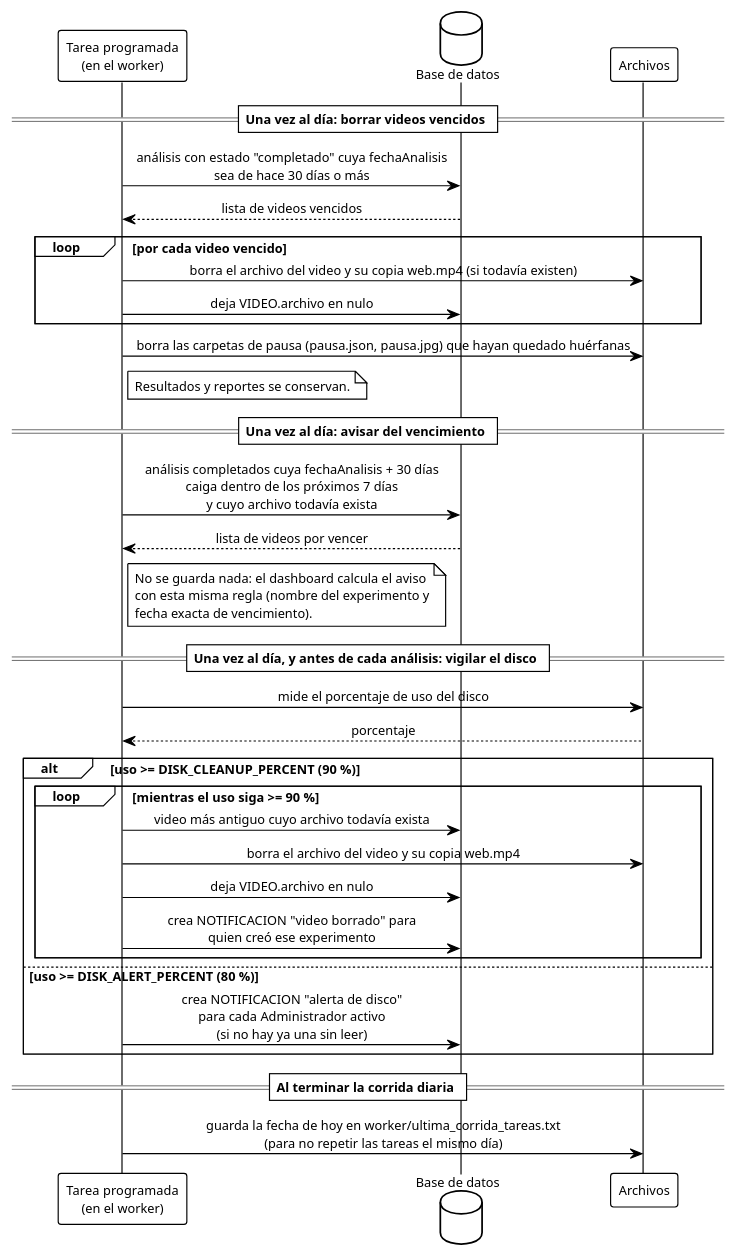
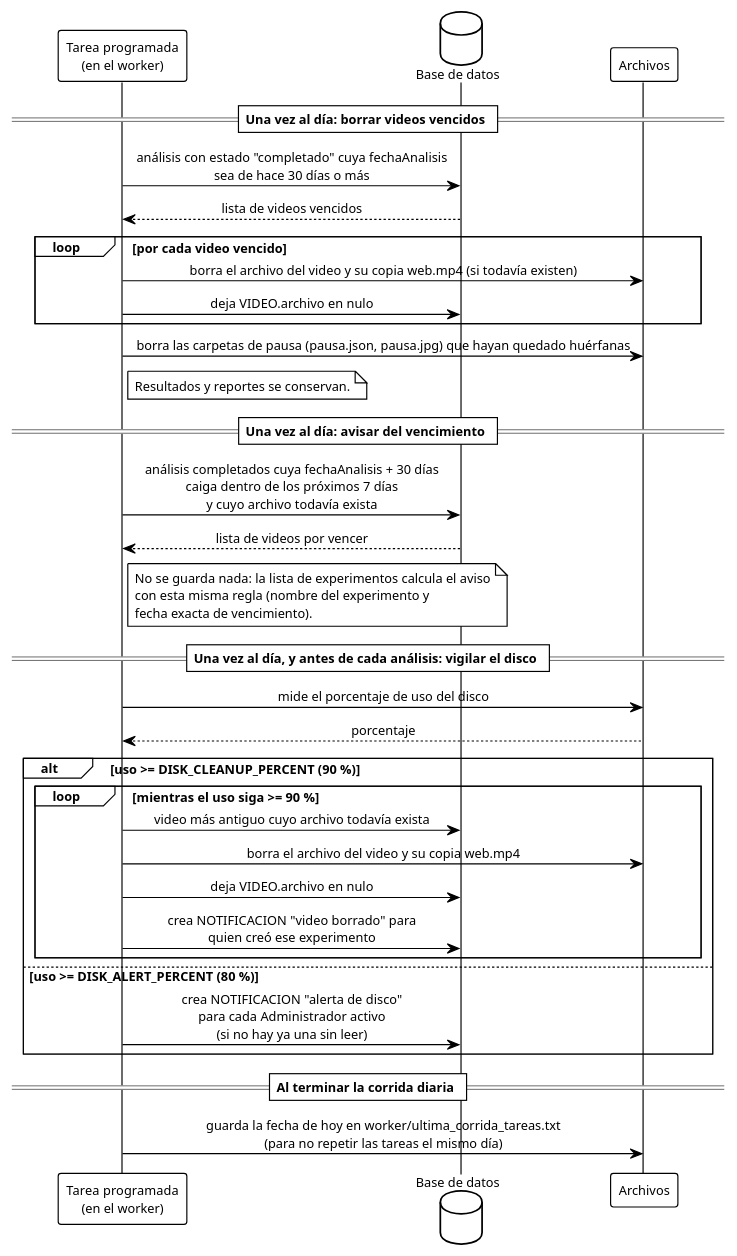
The diagram in diagramas/guia_web/seq_tareas_programadas.puml (ErickJester/fst-ai-system-latex), drawn with PlantUML before and after one commit. The commit also changed 89 other files, not shown here.

```diff
--- a/diagramas/guia_web/seq_tareas_programadas.puml
+++ b/diagramas/guia_web/seq_tareas_programadas.puml
@@ -1,48 +1,48 @@
 @startuml seq_tareas_programadas
 !theme plain
 skinparam defaultFontName Arial
 skinparam defaultFontSize 11
 skinparam shadowing false
 skinparam sequenceMessageAlign center
 participant "Tarea programada\n(en el worker)" as job
 database "Base de datos" as db
 participant "Archivos" as fs
 
 == Una vez al día: borrar videos vencidos ==
 job -> db: análisis con estado "completado" cuya fechaAnalisis\nsea de hace 30 días o más
 db --> job: lista de videos vencidos
 loop por cada video vencido
   job -> fs: borra el archivo del video y su copia web.mp4 (si todavía existen)
   job -> db: deja VIDEO.archivo en nulo
 end
 job -> fs: borra las carpetas de pausa (pausa.json, pausa.jpg) que hayan quedado huérfanas
 note right of job
   Resultados y reportes se conservan.
 end note
 
 == Una vez al día: avisar del vencimiento ==
 job -> db: análisis completados cuya fechaAnalisis + 30 días\ncaiga dentro de los próximos 7 días\ny cuyo archivo todavía exista
 db --> job: lista de videos por vencer
 note right of job
-  No se guarda nada: el dashboard calcula el aviso
+  No se guarda nada: la lista de experimentos calcula el aviso
   con esta misma regla (nombre del experimento y
   fecha exacta de vencimiento).
 end note
 
 == Una vez al día, y antes de cada análisis: vigilar el disco ==
 job -> fs: mide el porcentaje de uso del disco
 fs --> job: porcentaje
 alt uso >= DISK_CLEANUP_PERCENT (90 %)
   loop mientras el uso siga >= 90 %
     job -> db: video más antiguo cuyo archivo todavía exista
     job -> fs: borra el archivo del video y su copia web.mp4
     job -> db: deja VIDEO.archivo en nulo
     job -> db: crea NOTIFICACION "video borrado" para\nquien creó ese experimento
   end
 else uso >= DISK_ALERT_PERCENT (80 %)
   job -> db: crea NOTIFICACION "alerta de disco"\npara cada Administrador activo\n(si no hay ya una sin leer)
 end
 
 == Al terminar la corrida diaria ==
 job -> fs: guarda la fecha de hoy en worker/ultima_corrida_tareas.txt\n(para no repetir las tareas el mismo día)
 @enduml
```
